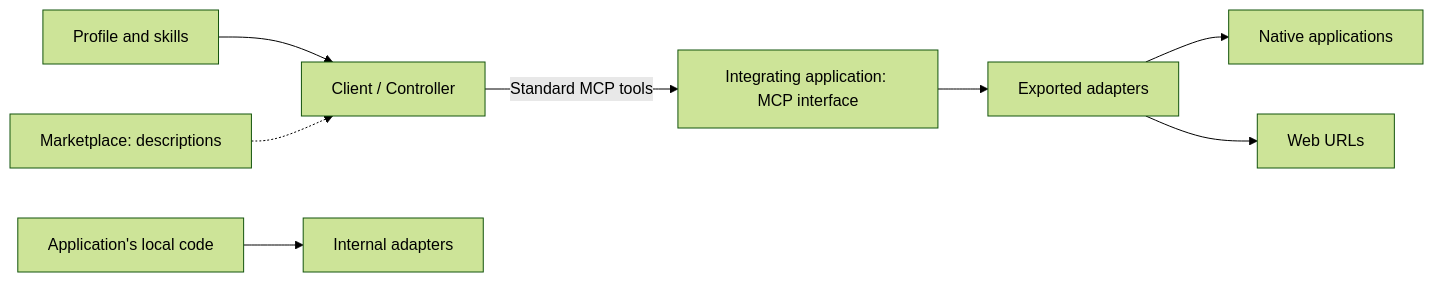
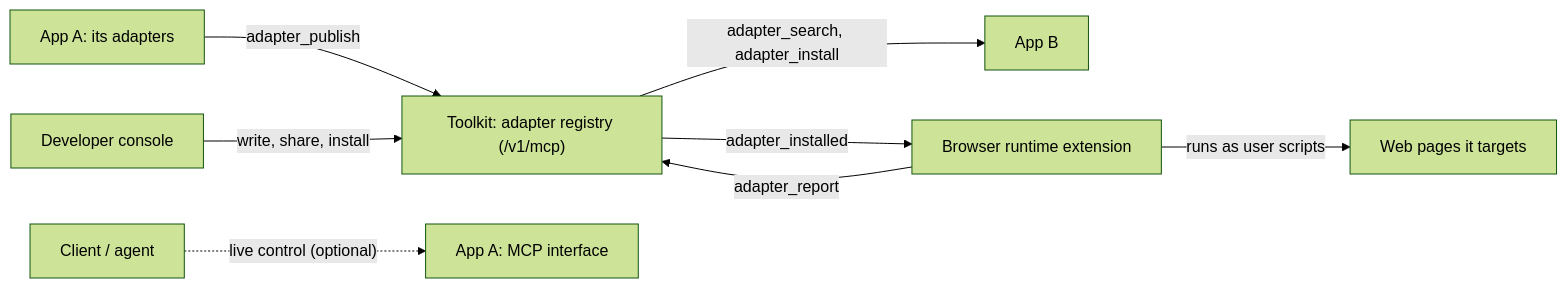
Before and after one commit to Vincent-mutwiri/Rehearse-the-journey: the diagram in docs/design/adapter-mcp.md, drawn with Mermaid (forest theme). The commit also changed other lines of this file and 79 other files, not shown here.

First line of the commit message:
share adapters through the toolkit registry, run them in a browser extension, and make workshop accounts easier to run

````diff
--- a/docs/design/adapter-mcp.md
+++ b/docs/design/adapter-mcp.md
@@ -83,10 +108,10 @@
 ```mermaid
 flowchart LR
-  P["Profile and skills"] --> C["Client / Controller"]
-  M["Marketplace: descriptions"] -.-> C
-  C -->|"Standard MCP tools"| I["Integrating application: MCP interface"]
-  I --> A["Exported adapters"]
-  A --> N["Native applications"]
-  A --> W["Web URLs"]
-  L["Application's local code"] --> B["Internal adapters"]
+  A1["App A: its adapters"] -->|"adapter_publish"| R["Toolkit: adapter registry (/v1/mcp)"]
+  R -->|"adapter_search, adapter_install"| A2["App B"]
+  R -->|"adapter_installed"| X["Browser runtime extension"]
+  X -->|"runs as user scripts"| W["Web pages it targets"]
+  X -->|"adapter_report"| R
+  D["Developer console"] -->|"write, share, install"| R
+  C["Client / agent"] -.->|"live control (optional)"| I["App A: MCP interface"]
 ```
````
